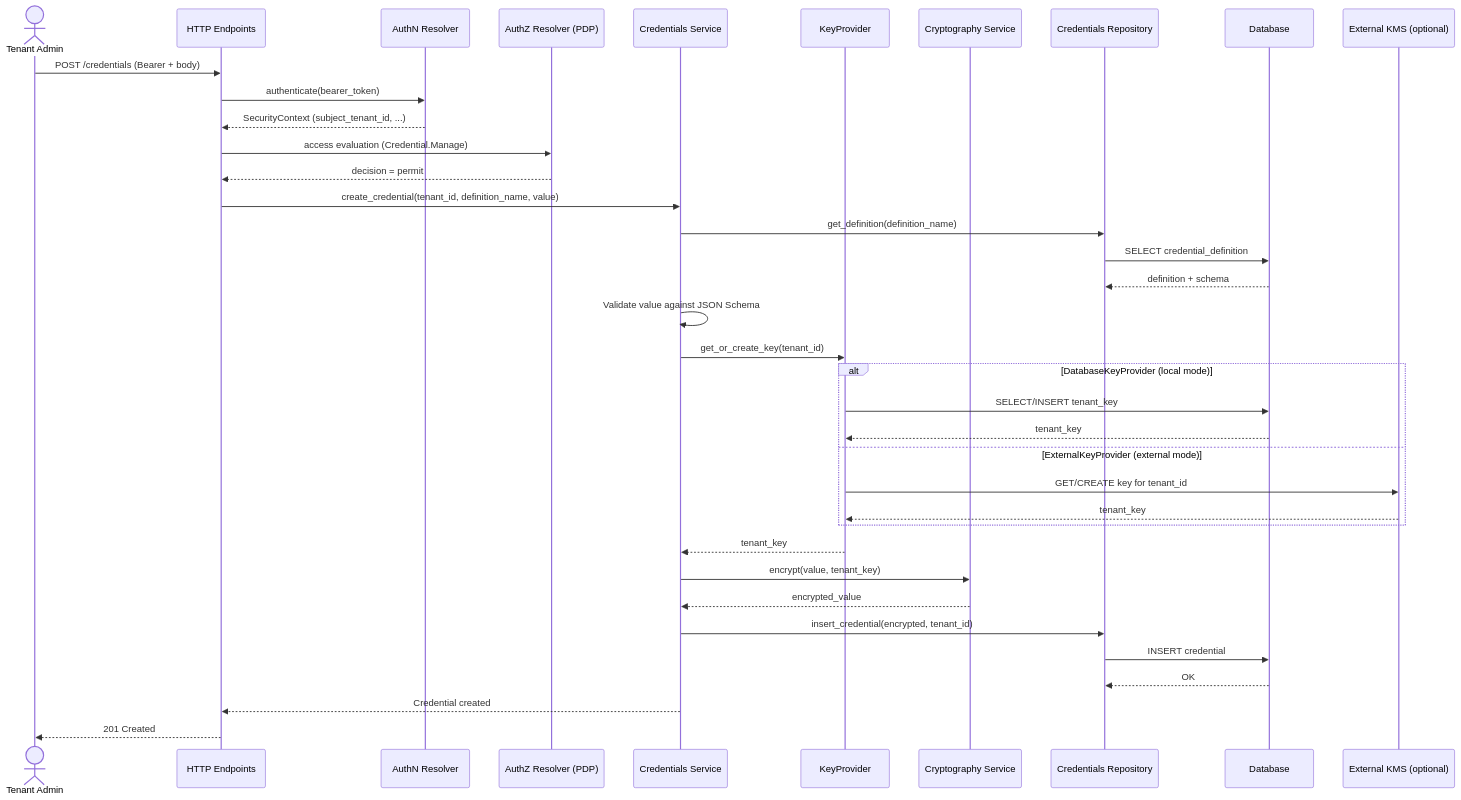
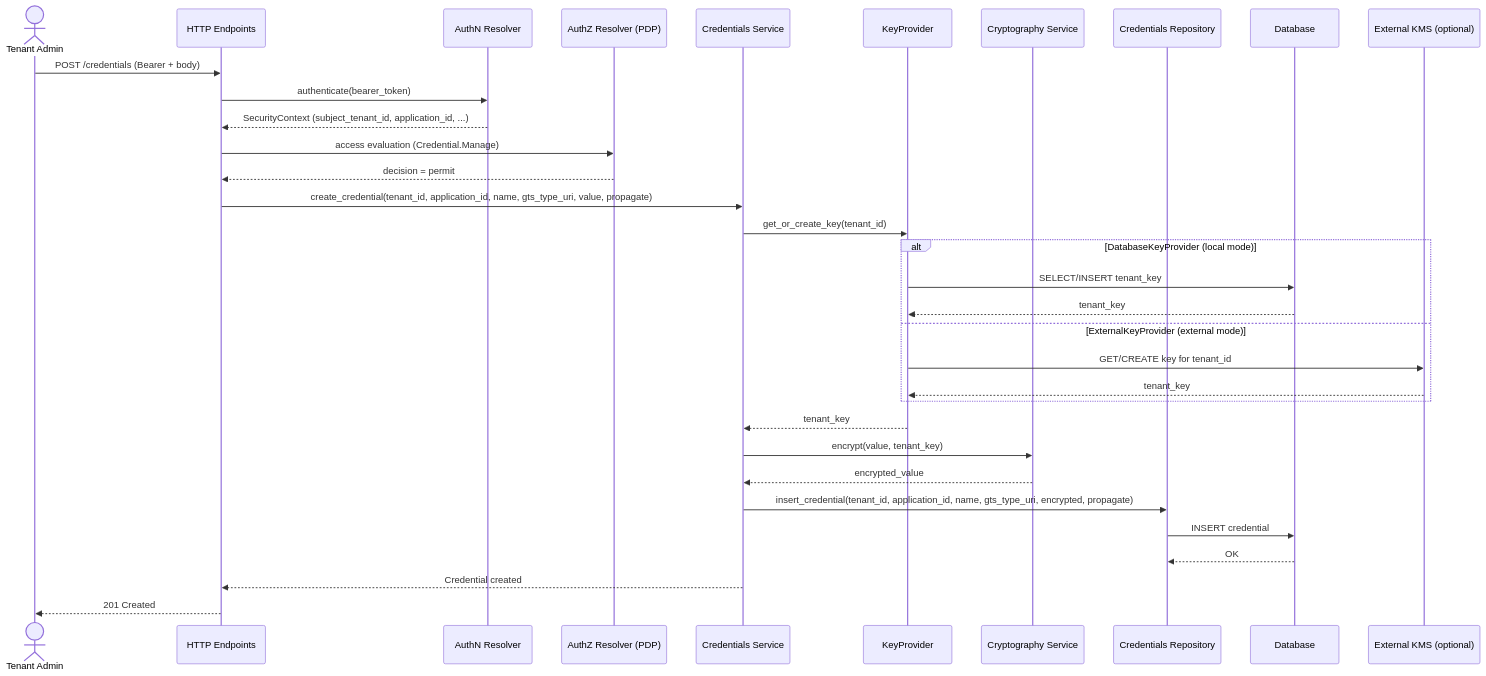
The second of 3 diagrams in modules/credstore/plugins/credentials-storage/DESIGN.md (nullhypothesic/cyberfabric-core), drawn with Mermaid before and after one commit. The commit also changed other lines of this file and 1 other file, not shown here.

Commit message:
docs: refactor schemas and definition into gts

````diff
--- a/modules/credstore/plugins/credentials-storage/DESIGN.md
+++ b/modules/credstore/plugins/credentials-storage/DESIGN.md
@@ -398,40 +413,36 @@
 ```mermaid
 sequenceDiagram
     actor Admin as Tenant Admin
     participant API as HTTP Endpoints
     participant AuthN as AuthN Resolver
     participant AuthZ as AuthZ Resolver (PDP)
     participant Svc as Credentials Service
     participant KP as KeyProvider
     participant Crypto as Cryptography Service
     participant Repo as Credentials Repository
     participant DB as Database
     participant EXT as External KMS (optional)
 
     Admin->>API: POST /credentials (Bearer + body)
     API->>AuthN: authenticate(bearer_token)
-    AuthN-->>API: SecurityContext (subject_tenant_id, ...)
+    AuthN-->>API: SecurityContext (subject_tenant_id, application_id, ...)
     API->>AuthZ: access evaluation (Credential.Manage)
     AuthZ-->>API: decision = permit
-    API->>Svc: create_credential(tenant_id, definition_name, value)
-    Svc->>Repo: get_definition(definition_name)
-    Repo->>DB: SELECT credential_definition
-    DB-->>Repo: definition + schema
-    Svc->>Svc: Validate value against JSON Schema
+    API->>Svc: create_credential(tenant_id, application_id, name, gts_type_uri, value, propagate)
     Svc->>KP: get_or_create_key(tenant_id)
     alt DatabaseKeyProvider (local mode)
         KP->>DB: SELECT/INSERT tenant_key
         DB-->>KP: tenant_key
     else ExternalKeyProvider (external mode)
         KP->>EXT: GET/CREATE key for tenant_id
         EXT-->>KP: tenant_key
     end
     KP-->>Svc: tenant_key
     Svc->>Crypto: encrypt(value, tenant_key)
     Crypto-->>Svc: encrypted_value
-    Svc->>Repo: insert_credential(encrypted, tenant_id)
+    Svc->>Repo: insert_credential(tenant_id, application_id, name, gts_type_uri, encrypted, propagate)
     Repo->>DB: INSERT credential
     DB-->>Repo: OK
     Svc-->>API: Credential created
     API-->>Admin: 201 Created
 ```
````
